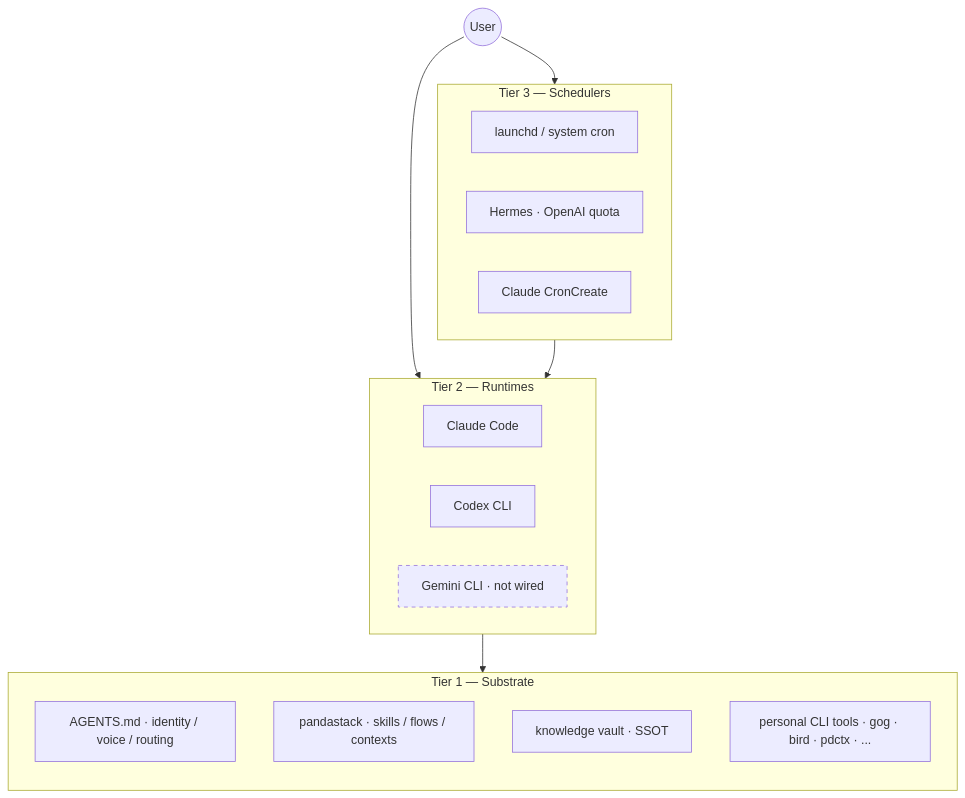
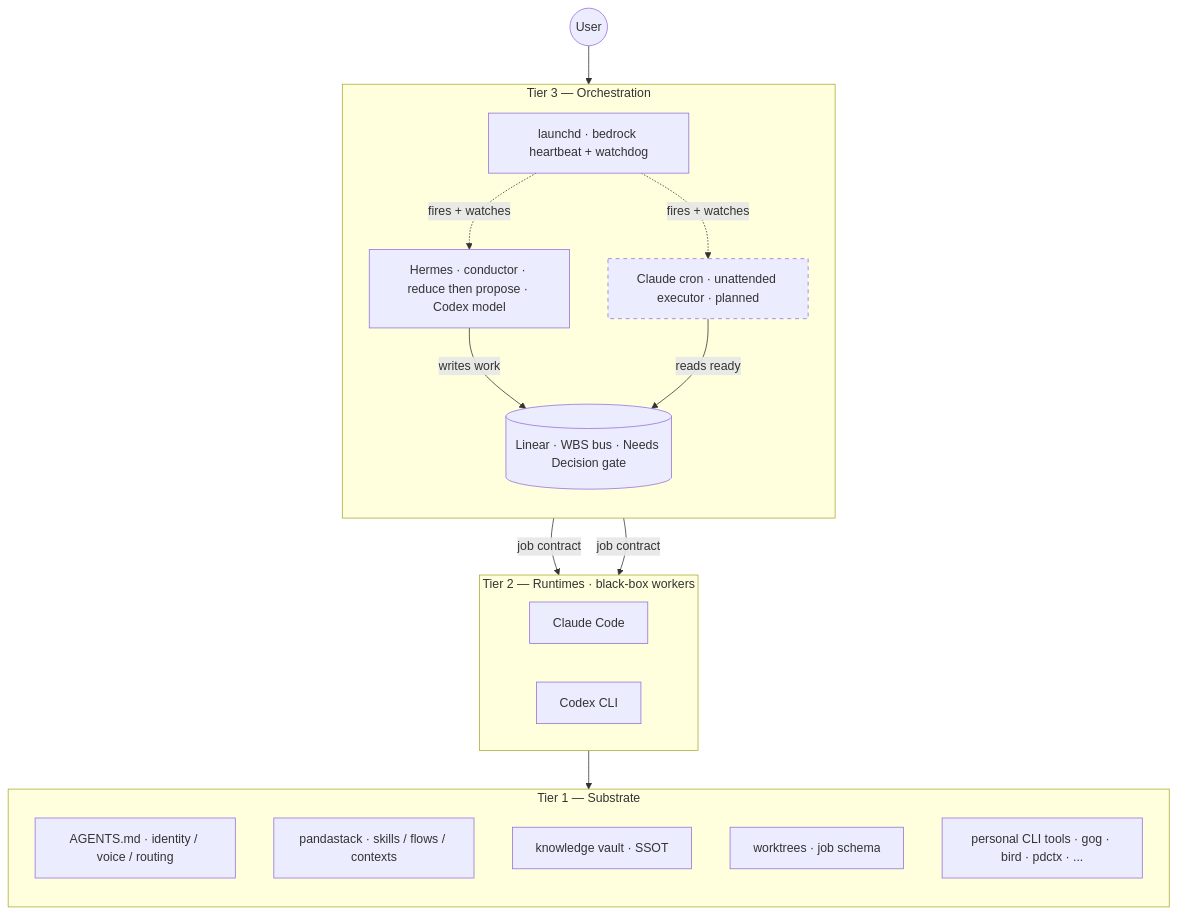
One commit to panda850819/verbs changed the diagram in README.md. Above: the diagram before and after it, drawn with Mermaid. The commit also changed other lines of this file, not shown here.

Commit message:
docs(readme): refresh Architecture for conductor + Linear-WBS model
Rewrite the Architecture section to current reality:
- Tier 3 reframed from "schedulers" to two-layer orchestration: launchd as
  the bedrock heartbeat + watchdog, Hermes as the conductor (reads Linear as
  WBS, reduce -> propose, advance with Needs Decision as a hard human gate).
  Unattended Claude-cron executor marked (planned).
- Runtimes framed as black-box workers behind a job contract (conductor
  pattern; shared substrate, not shared behavior).
- Remove Gemini CLI everywhere (tagline, intro, Tier 2, diagram).
- Drop Claude CronCreate; relabel Hermes scheduler -> conductor.

Mermaid validated (mmdc 11.15, exit 0). Claims verified against the shipped
Linear-WBS scripts (pandastack-linear-reduce/advance, linear-contract.md) and
the 2026-06-15 architecture note.

````diff
--- a/README.md
+++ b/README.md
@@ -150,33 +157,38 @@
 ```mermaid
 flowchart TB
     User((User))
 
-    subgraph T3 [Tier 3 — Schedulers]
-        direction LR
-        launchd[launchd / system cron]
-        hermes[Hermes · OpenAI quota]
-        cron[Claude CronCreate]
+    subgraph T3 [Tier 3 — Orchestration]
+        direction TB
+        launchd[launchd · bedrock heartbeat + watchdog]
+        hermes[Hermes · conductor · reduce then propose · Codex model]
+        exec[Claude cron · unattended executor · planned]
+        linear[(Linear · WBS bus · Needs Decision gate)]
     end
 
-    subgraph T2 [Tier 2 — Runtimes]
+    subgraph T2 [Tier 2 — Runtimes · black-box workers]
         direction LR
         cc[Claude Code]
         cx[Codex CLI]
-        gem[Gemini CLI · not wired]
     end
 
     subgraph T1 [Tier 1 — Substrate]
         direction TB
         agents[AGENTS.md · identity / voice / routing]
         skills[pandastack · skills / flows / contexts]
         knowledge[knowledge vault · SSOT]
+        job[worktrees · job schema]
         cli[personal CLI tools · gog · bird · pdctx · ...]
     end
 
-    User --> T3
-    User --> T2
-    T3 --> T2
+    User --> hermes
+    launchd -. fires + watches .-> hermes
+    launchd -. fires + watches .-> exec
+    hermes -- writes work --> linear
+    exec -- reads ready --> linear
+    hermes -- job contract --> T2
+    exec -- job contract --> T2
     T2 --> T1
 
-    style gem stroke-dasharray: 5 5
+    style exec stroke-dasharray: 5 5
 ```
````
